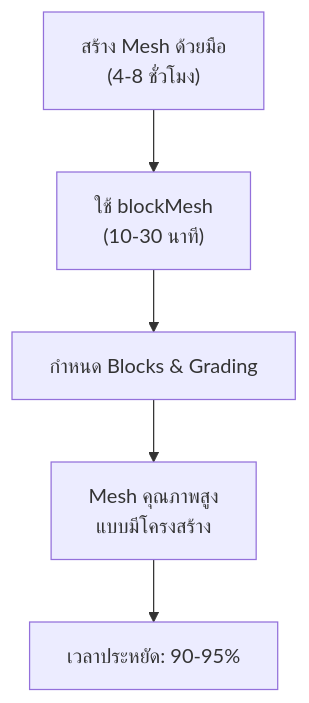
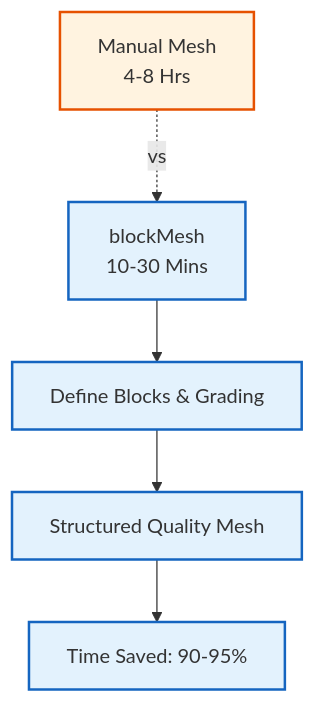
The first of 3 diagrams in MODULE_07_UTILITIES_AUTOMATION/CONTENT/08_EXPERT_UTILITIES/05_Time-Saving_Benefits.md (wramet/build-my-cfd), drawn with Mermaid before and after one commit. The commit also changed other lines of this file and 313 other files, not shown here.

Commit message:
Revise all diagram

````diff
--- a/MODULE_07_UTILITIES_AUTOMATION/CONTENT/08_EXPERT_UTILITIES/05_Time-Saving_Benefits.md
+++ b/MODULE_07_UTILITIES_AUTOMATION/CONTENT/08_EXPERT_UTILITIES/05_Time-Saving_Benefits.md
@@ -59,7 +59,18 @@
 ```mermaid
 flowchart TD
-    A["สร้าง Mesh ด้วยมือ<br/>(4-8 ชั่วโมง)"] --> B["ใช้ blockMesh<br/>(10-30 นาที)"]
-    B --> C["กำหนด Blocks & Grading"]
-    C --> D["Mesh คุณภาพสูง<br/>แบบมีโครงสร้าง"]
-    D --> E["เวลาประหยัด: 90-95%"]
+%% Classes
+classDef explicit fill:#fff3e0,stroke:#e65100,stroke-width:2px;
+classDef implicit fill:#e3f2fd,stroke:#1565c0,stroke-width:2px;
+%% Nodes
+A[Manual Mesh<br/>4-8 Hrs]:::explicit
+B[Define Blocks & Grading]:::implicit
+C[blockMesh<br/>10-30 Mins]:::implicit
+D[Structured Quality Mesh]:::implicit
+E[Time Saved: 90-95%]:::implicit
+
+%% Links
+A -.->|vs| C
+C --> B
+B --> D
+D --> E
 ```
````
